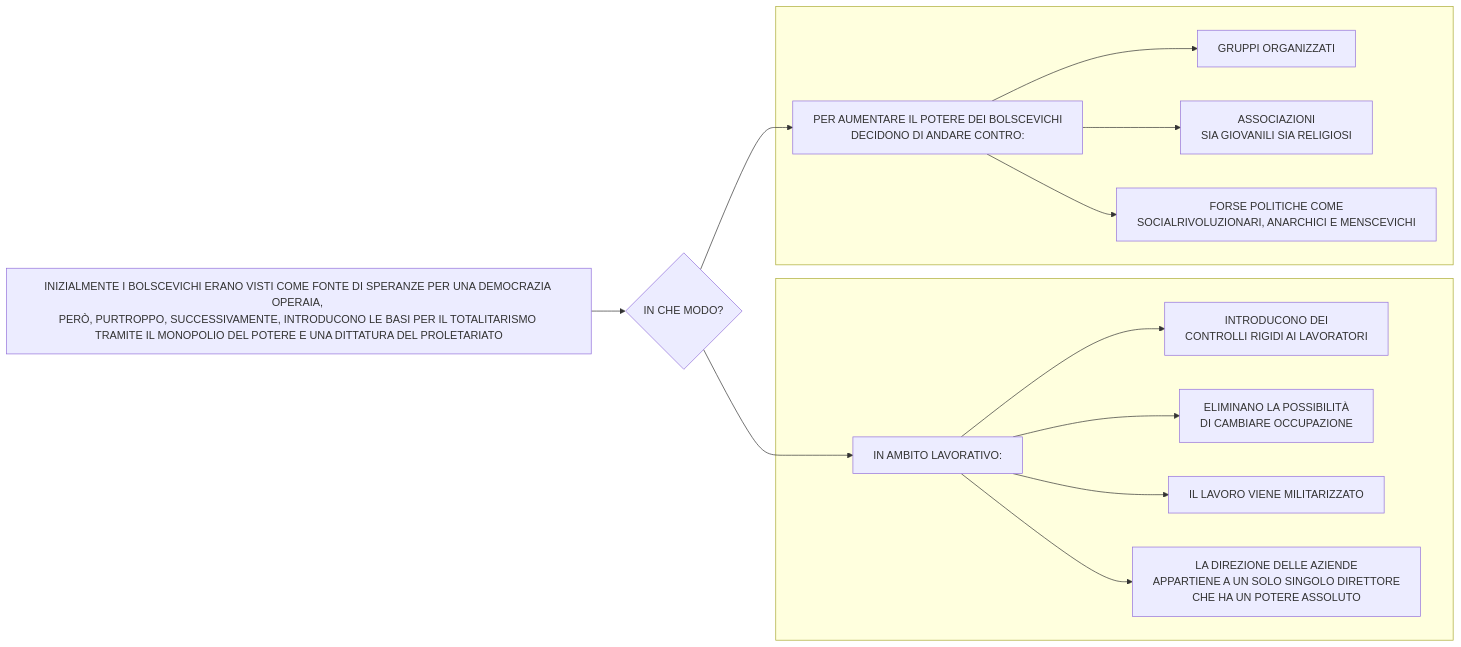
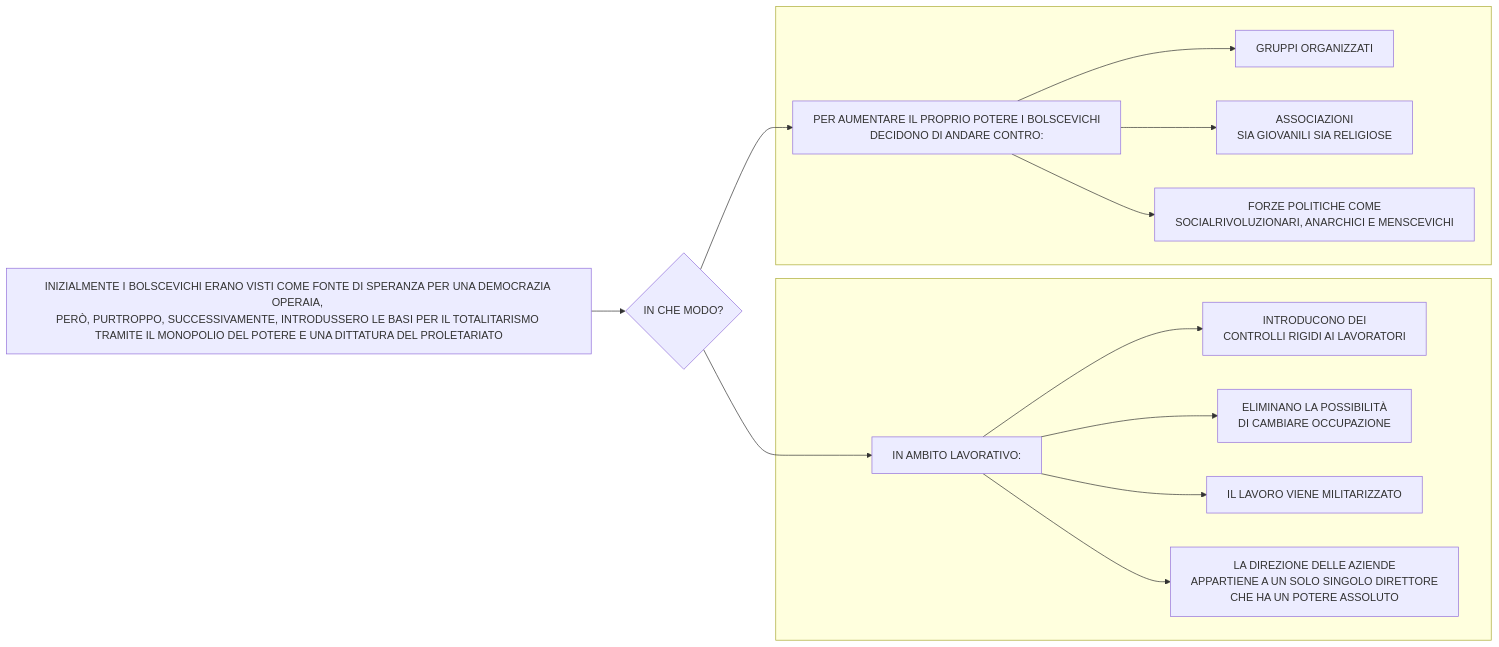
One commit to Laaouatni/ricerca-storia-MermaidJS changed diagram 14 of 22 in stalinismoRiscrittura.md. Above: the diagram before and after it, drawn with Mermaid.

````diff
--- a/stalinismoRiscrittura.md
+++ b/stalinismoRiscrittura.md
@@ -280,22 +280,22 @@
 ```mermaid
 %%{init: { "flowchart": { "wrappingWidth": 800 } }}%%
 flowchart LR
-  0[INIZIALMENTE I BOLSCEVICHI ERANO VISTI COME FONTE DI SPERANZE PER UNA DEMOCRAZIA OPERAIA, <br>PERÒ, PURTROPPO, SUCCESSIVAMENTE, INTRODUCONO LE BASI PER IL TOTALITARISMO <br>TRAMITE IL MONOPOLIO DEL POTERE E UNA DITTATURA DEL PROLETARIATO]
+  0[INIZIALMENTE I BOLSCEVICHI ERANO VISTI COME FONTE DI SPERANZA PER UNA DEMOCRAZIA OPERAIA, <br>PERÒ, PURTROPPO, SUCCESSIVAMENTE, INTRODUSSERO LE BASI PER IL TOTALITARISMO <br>TRAMITE IL MONOPOLIO DEL POTERE E UNA DITTATURA DEL PROLETARIATO]
   1{IN CHE MODO?}
   0 --> 1 --> 20 & 30
   subgraph 2[" "]
-    20[PER AUMENTARE IL POTERE DEI BOLSCEVICHI<BR>DECIDONO DI ANDARE CONTRO:]
+    20[PER AUMENTARE IL PROPRIO POTERE I BOLSCEVICHI<BR>DECIDONO DI ANDARE CONTRO:]
     21[GRUPPI ORGANIZZATI]
-    22[ASSOCIAZIONI <br>SIA GIOVANILI SIA RELIGIOSI]
-    23[FORSE POLITICHE COME <br>SOCIALRIVOLUZIONARI, ANARCHICI E MENSCEVICHI]
+    22[ASSOCIAZIONI <br>SIA GIOVANILI SIA RELIGIOSE]
+    23[FORZE POLITICHE COME <br>SOCIALRIVOLUZIONARI, ANARCHICI E MENSCEVICHI]
     20 --> 21 & 22 & 23
   end
   subgraph 3[" "]
     30[IN AMBITO LAVORATIVO:]
     31[INTRODUCONO DEI <BR>CONTROLLI RIGIDI AI LAVORATORI]
     32[ELIMINANO LA POSSIBILITÀ <BR> DI CAMBIARE OCCUPAZIONE]
     33[IL LAVORO VIENE MILITARIZZATO]
     34[LA DIREZIONE DELLE AZIENDE <br> APPARTIENE A UN SOLO SINGOLO DIRETTORE <br> CHE HA UN POTERE ASSOLUTO]
     30 --> 31 & 32 & 33 & 34
   end
 ```
````
